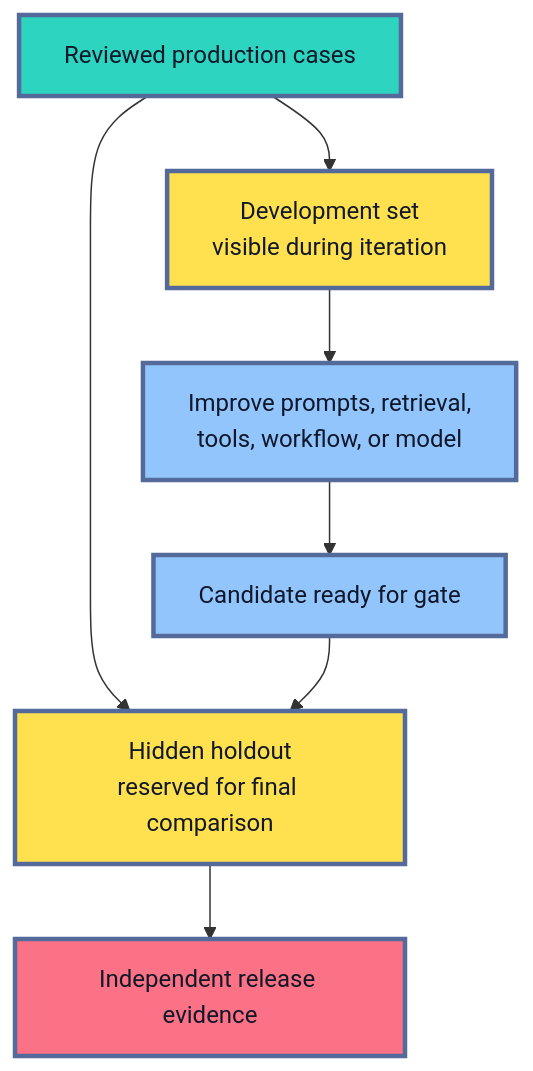
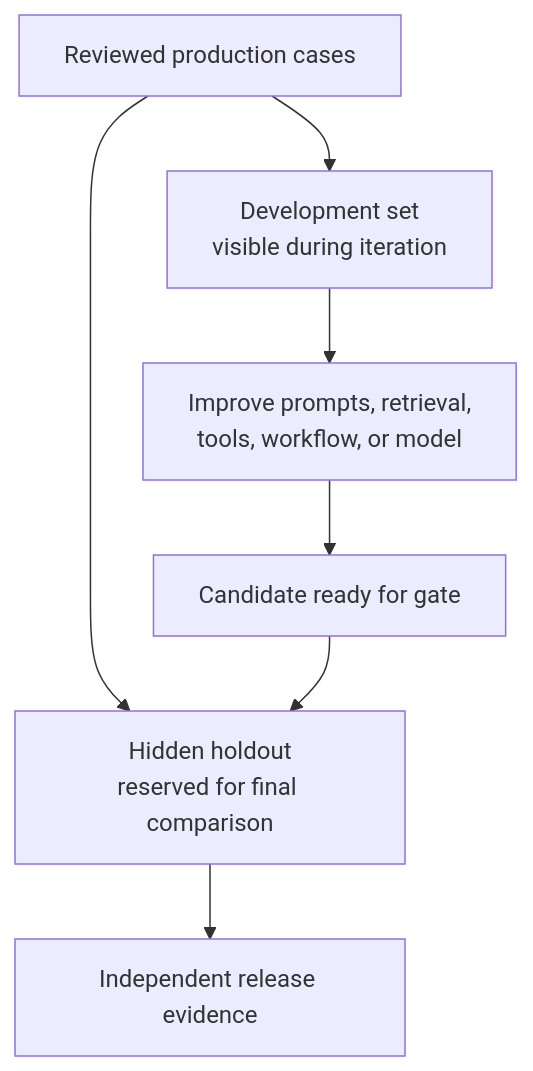
The fifth of 7 diagrams in roadmaps/mlops/modules/llmops/adaptation-and-feedback/02-production-feedback-and-eval-flywheel.md (senlinyy/dev-roadmaps), drawn with Mermaid before and after one commit. The commit also changed other lines of this file and 152 other files, not shown here.

Commit message:
feat: mlops and diagrams updated

````diff
--- a/roadmaps/mlops/modules/llmops/adaptation-and-feedback/02-production-feedback-and-eval-flywheel.md
+++ b/roadmaps/mlops/modules/llmops/adaptation-and-feedback/02-production-feedback-and-eval-flywheel.md
@@ -316,18 +302,14 @@
 ```mermaid
 flowchart TD
     A["Reviewed production cases"] --> B["Development set<br/>visible during iteration"]
     A --> C["Hidden holdout<br/>reserved for final comparison"]
     B --> D["Improve prompts, retrieval,<br/>tools, workflow, or model"]
     D --> E["Candidate ready for gate"]
     E --> C
     C --> F["Independent release evidence"]
 
-    classDef cases fill:#2DD4BF,stroke:#536A9A,stroke-width:3px,color:#0F172A
-    classDef sets fill:#FFE04F,stroke:#536A9A,stroke-width:3px,color:#111827
-    classDef work fill:#93C5FD,stroke:#536A9A,stroke-width:3px,color:#0F172A
-    classDef proof fill:#FB7185,stroke:#536A9A,stroke-width:3px,color:#111827
     class A cases
     class B,C sets
     class D,E work
     class F proof
 ```
````
